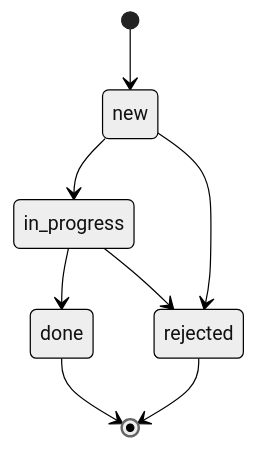
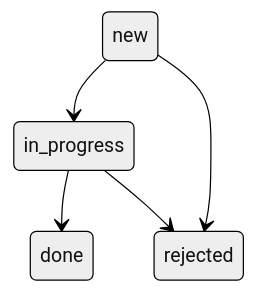
One commit to Landin-droid/express-equipment-service changed the diagram in README.md. Above: the diagram before and after it, drawn with Mermaid (neutral theme). The commit also changed other lines of this file, not shown here.

````diff
--- a/README.md
+++ b/README.md
@@ -90,10 +107,7 @@
 ```mermaid
 stateDiagram-v2
-    [*] --> new
     new --> in_progress
     new --> rejected
     in_progress --> done
     in_progress --> rejected
-    done --> [*]
-    rejected --> [*]
 ```
````
